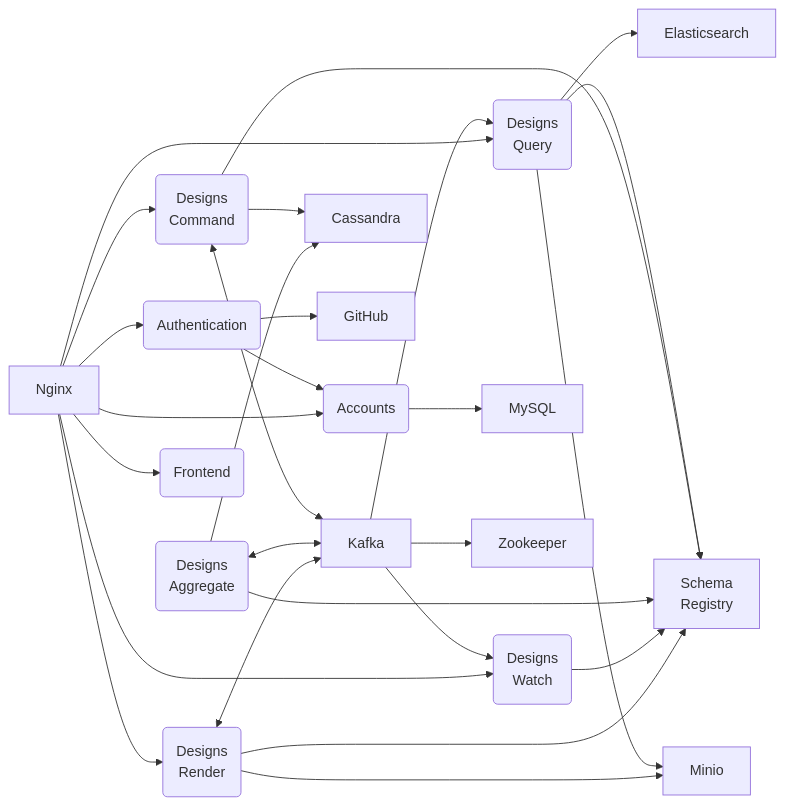
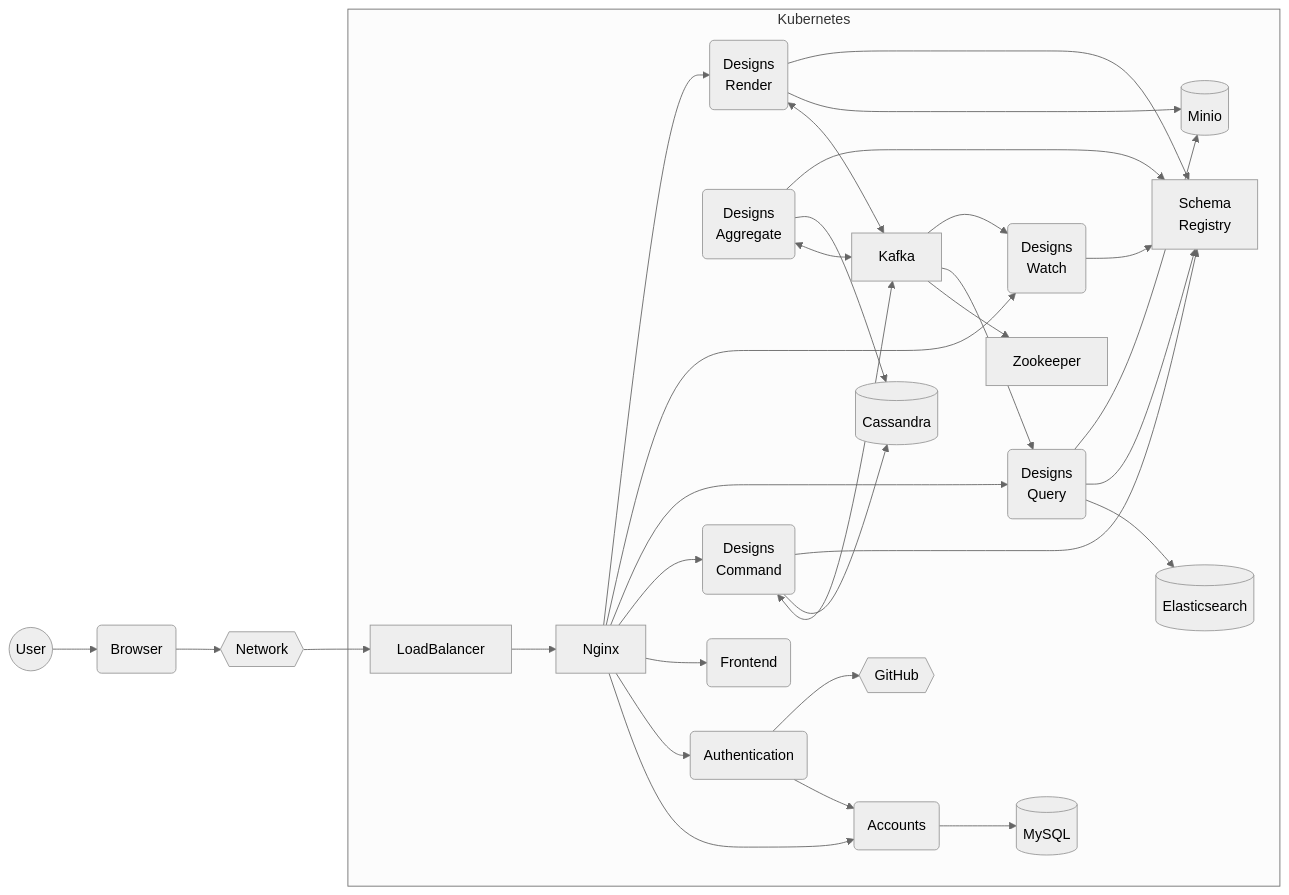
One commit to nextbreakpoint/event-sourcing-cqrs-example changed the diagram in docs/Architecture.md. Above: the diagram before and after it, drawn with Mermaid. The commit also changed 72 other files, not shown here.

Commit message:
rename bucket and change path for tiles. enable debug in helm charts. fix bug in authentication

````diff
--- a/docs/Architecture.md
+++ b/docs/Architecture.md
@@ -1,50 +1,63 @@
 ```mermaid
+%%{init: {'theme':'neutral'}}%%
 flowchart LR
 
     SDQ(Designs<BR>Query)
     SDC(Designs<BR>Command)
     SDA(Designs<BR>Aggregate)
     SDW(Designs<BR>Watch)
     SDR(Designs<BR>Render)
     SA(Accounts)
     SU(Authentication)
     SF(Frontend)
     
     K[Kafka]
-    C[Cassandra]
-    D[MySQL]
-    E[Elasticsearch]
-    M[Minio]
+    C[(Cassandra)]
+    D[(MySQL)]
+    E[(Elasticsearch)]
+    M[(Minio)]
     N[Nginx]
     S[Schema<BR>Registry]
     Z[Zookeeper]
-    G[GitHub]
+    G{{GitHub}}
+    
+    U((User))
+    B(Browser)
+    NT{{Network}}
+    LB[LoadBalancer]
 
+    U --> B
+    B --> NT
+    NT --> LB
+    
+    subgraph Kubernetes
+    LB --> N
     K --> Z
     SDQ --> E 
     K --> SDQ
     SDQ --> S
     SDQ --> M
     SDC <--> K 
     SDC --> C 
     SDC --> S
     SDA <--> K
     SDA --> C 
     SDA --> S 
     K --> SDW 
     SDW --> S 
     SDR <--> K 
     SDR --> M 
     SDR --> S 
     SA --> D 
     SU --> SA
     SU --> G
     N --> SA 
     N --> SU 
     N --> SF
     N --> SDC 
     N --> SDQ 
     N --> SDW 
     N --> SDR 
-
+    end
+    
 ```
````
